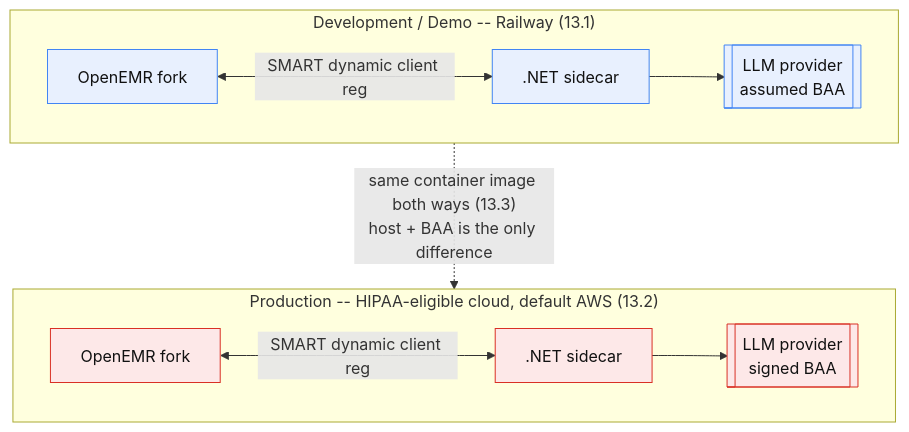
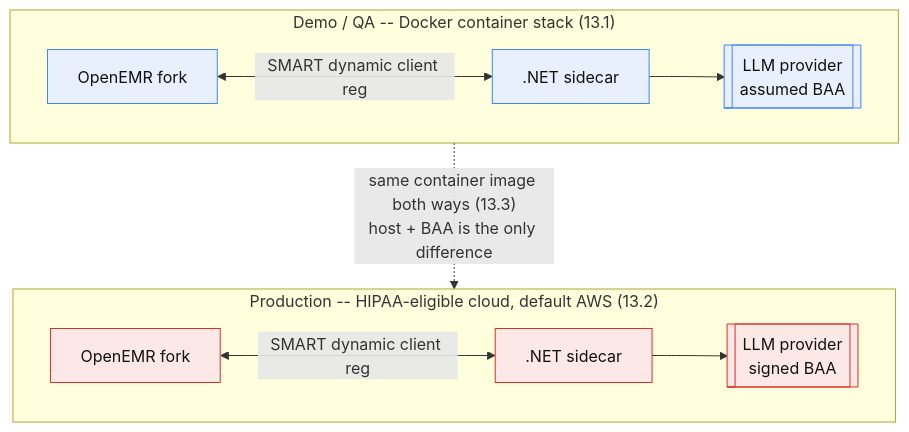
One commit to adammarquette/agent-forge-copilot changed the third of 4 diagrams in documentation/ARCHITECTURE.md. Above: the diagram before and after it, drawn with Mermaid. The commit also changed other lines of this file and 57 other files, not shown here.

````diff
--- a/documentation/ARCHITECTURE.md
+++ b/documentation/ARCHITECTURE.md
@@ -353,27 +354,27 @@
 ```mermaid
 flowchart TB
-    subgraph Dev["Development / Demo -- Railway (13.1)"]
+    subgraph Dev["Demo / QA -- Docker container stack (13.1)"]
         direction LR
         DevOE["OpenEMR fork"]
         DevSC[".NET sidecar"]
         DevLLM[["LLM provider<br/>assumed BAA"]]
         DevOE <-->|SMART dynamic client reg| DevSC
         DevSC --> DevLLM
     end
 
     subgraph Prod["Production -- HIPAA-eligible cloud, default AWS (13.2)"]
         direction LR
         ProdOE["OpenEMR fork"]
         ProdSC[".NET sidecar"]
         ProdLLM[["LLM provider<br/>signed BAA"]]
         ProdOE <-->|SMART dynamic client reg| ProdSC
         ProdSC --> ProdLLM
     end
 
     Dev -.->|"same container image both ways (13.3)<br/>host + BAA is the only difference"| Prod
 
     classDef nophi fill:#e8f0fe,stroke:#4285f4,color:#111;
     classDef phi fill:#fde8e8,stroke:#d93025,color:#111;
     class DevOE,DevSC,DevLLM nophi;
     class ProdOE,ProdSC,ProdLLM phi;
 ```
````
